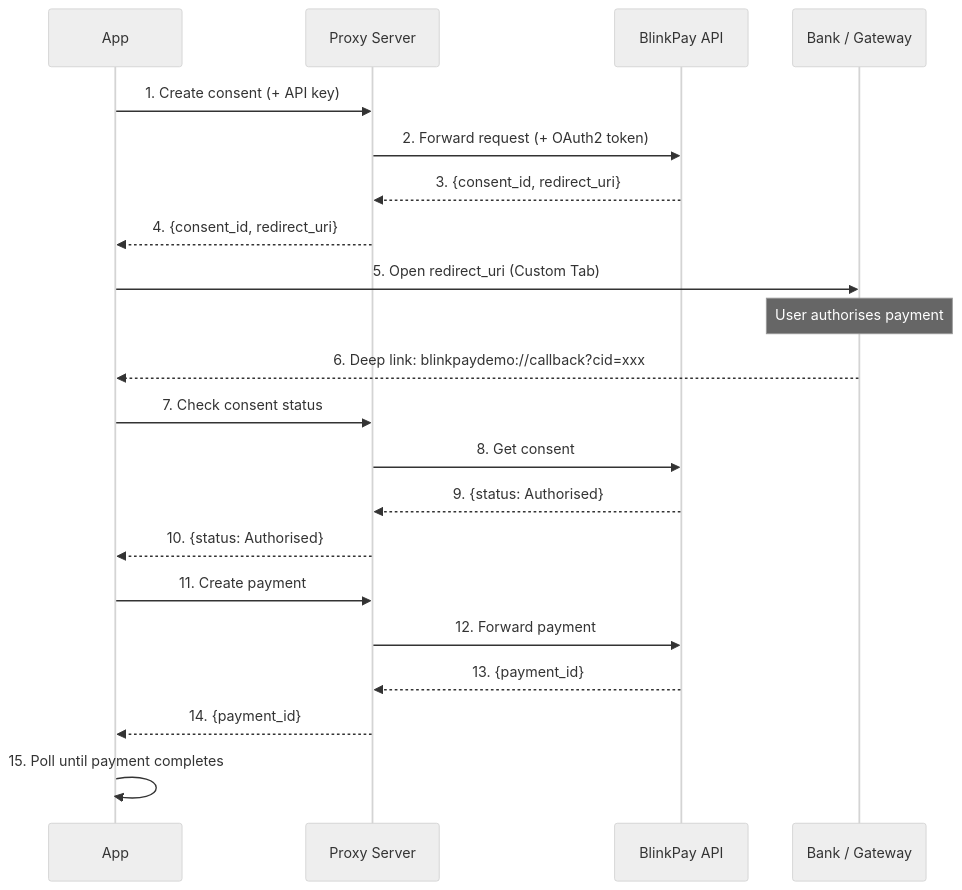
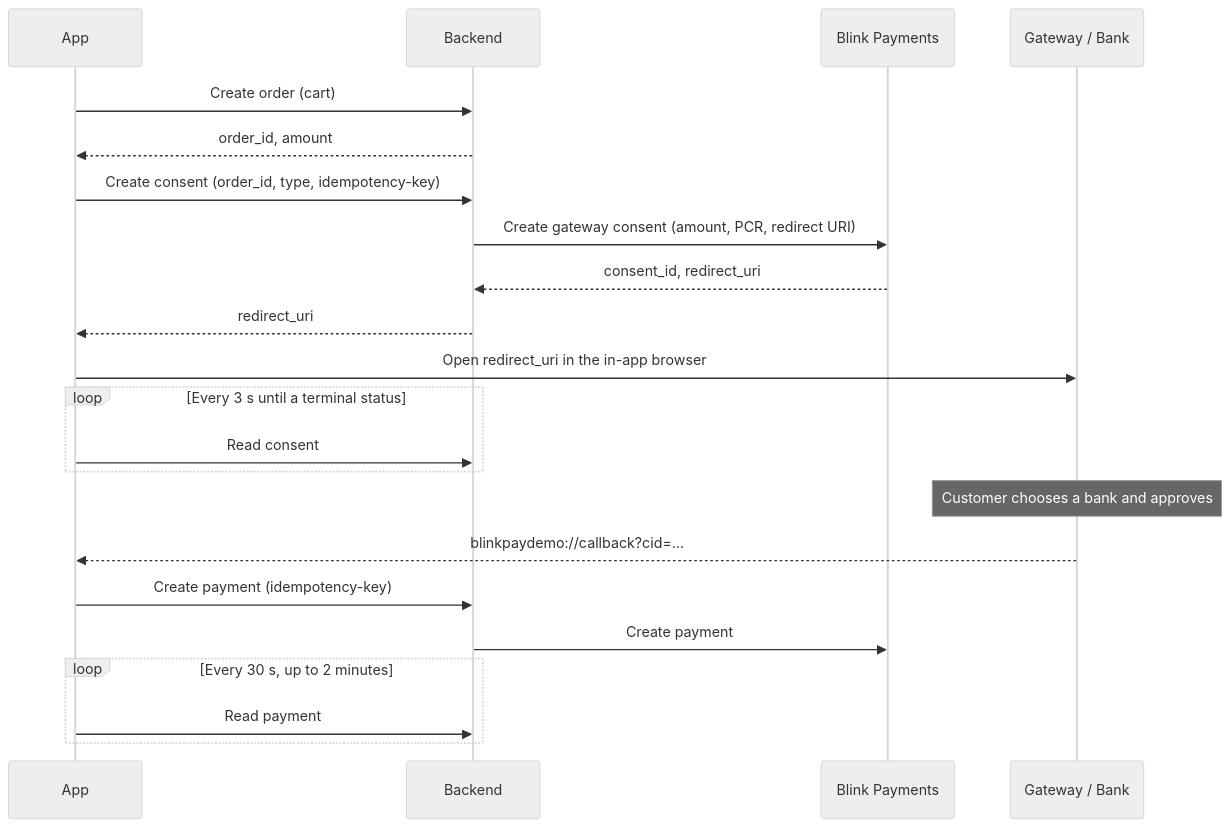
One commit to BlinkPay/BlinkPay-Flutter-Demo changed the diagram in README.md. Above: the diagram before and after it, drawn with Mermaid (neutral theme). The commit also changed other lines of this file and 3 other files, not shown here.

First line of the commit message:
docs(BDL-2023): README covers architecture, outcome handling, retries and idempotency

````diff
--- a/README.md
+++ b/README.md
@@ -87,24 +101,25 @@
 ```mermaid
 sequenceDiagram
     participant App
-    participant Proxy as Proxy Server
-    participant BP as BlinkPay API
-    participant Bank as Bank / Gateway
+    participant Backend
+    participant BP as Blink Payments
+    participant Bank as Gateway / Bank
 
-    App->>Proxy: 1. Create consent (+ API key)
-    Proxy->>BP: 2. Forward request (+ OAuth2 token)
-    BP-->>Proxy: 3. {consent_id, redirect_uri}
-    Proxy-->>App: 4. {consent_id, redirect_uri}
-    App->>Bank: 5. Open redirect_uri (Custom Tab)
-    Note over Bank: User authorises payment
-    Bank-->>App: 6. Deep link: blinkpaydemo://callback?cid=xxx
-    App->>Proxy: 7. Check consent status
-    Proxy->>BP: 8. Get consent
-    BP-->>Proxy: 9. {status: Authorised}
-    Proxy-->>App: 10. {status: Authorised}
-    App->>Proxy: 11. Create payment
-    Proxy->>BP: 12. Forward payment
-    BP-->>Proxy: 13. {payment_id}
-    Proxy-->>App: 14. {payment_id}
-    App->>App: 15. Poll until payment completes
+    App->>Backend: Create order (cart)
+    Backend-->>App: order_id, amount
+    App->>Backend: Create consent (order_id, type, idempotency-key)
+    Backend->>BP: Create gateway consent (amount, PCR, redirect URI)
+    BP-->>Backend: consent_id, redirect_uri
+    Backend-->>App: redirect_uri
+    App->>Bank: Open redirect_uri in the in-app browser
+    loop Every 3 s until a terminal status
+        App->>Backend: Read consent
+    end
+    Note over Bank: Customer chooses a bank and approves
+    Bank-->>App: blinkpaydemo://callback?cid=…
+    App->>Backend: Create payment (idempotency-key)
+    Backend->>BP: Create payment
+    loop Every 30 s, up to 2 minutes
+        App->>Backend: Read payment
+    end
 ```
````
